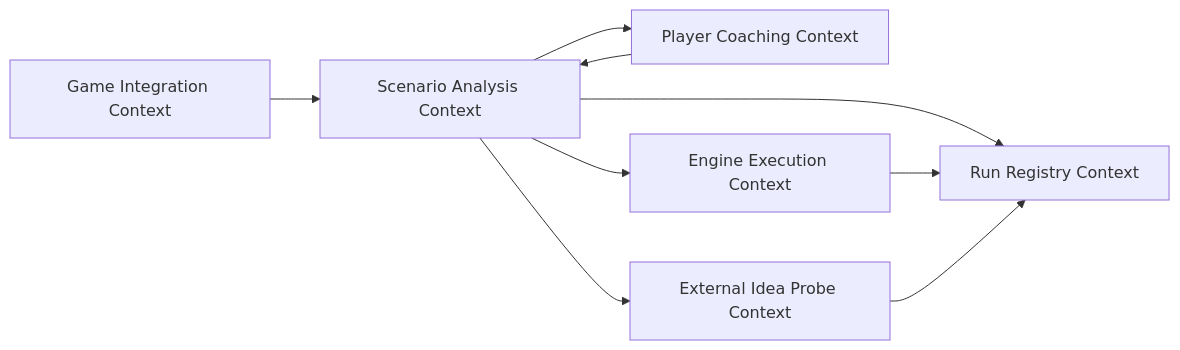
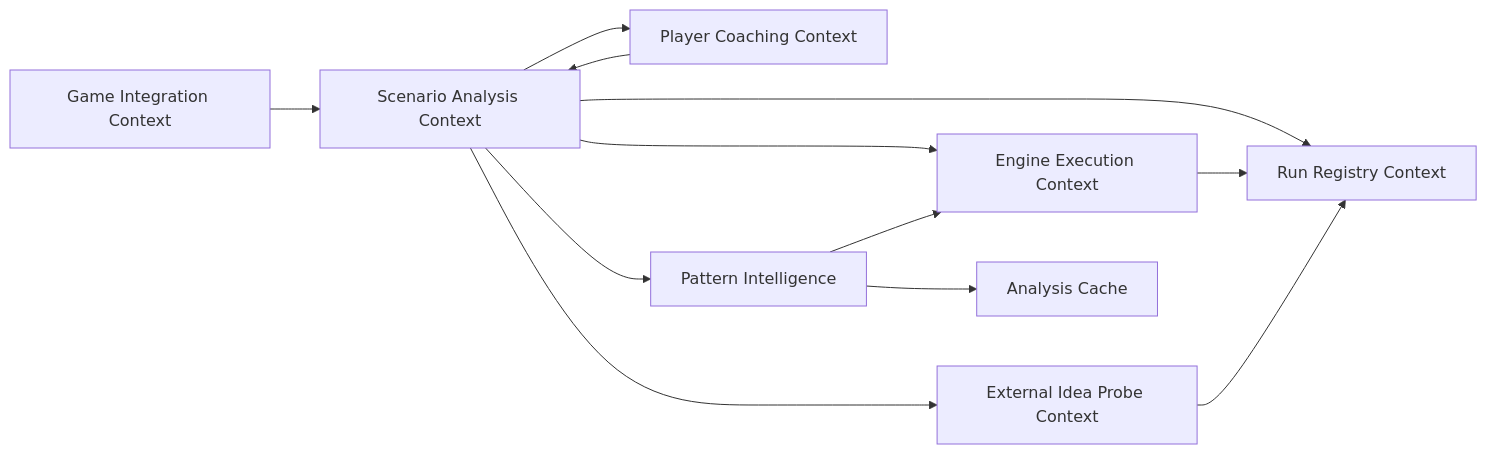
Before and after one commit to chris-madsen/chess: the diagram in docs/context-map.md, drawn with Mermaid. The commit also changed other lines of this file and 16 other files, not shown here.

Commit message:
feat: add pattern state cache foundation

````diff
--- a/docs/context-map.md
+++ b/docs/context-map.md
@@ -7,11 +7,14 @@
 ```mermaid
 flowchart LR
   Game[Game Integration Context] --> Scenario[Scenario Analysis Context]
   Coaching[Player Coaching Context] --> Scenario
   Scenario --> Engine[Engine Execution Context]
   Scenario --> Probe[External Idea Probe Context]
   Scenario --> Registry[Run Registry Context]
   Engine --> Registry
   Probe --> Registry
-  Scenario --> Coaching
+Scenario --> Coaching
+Scenario --> Pattern[Pattern Intelligence]
+Pattern --> Cache[Analysis Cache]
+Pattern --> Engine
 ```
````
